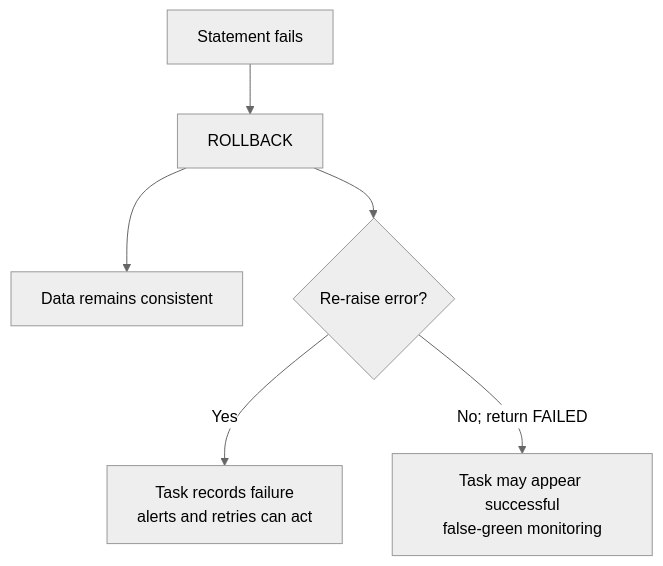
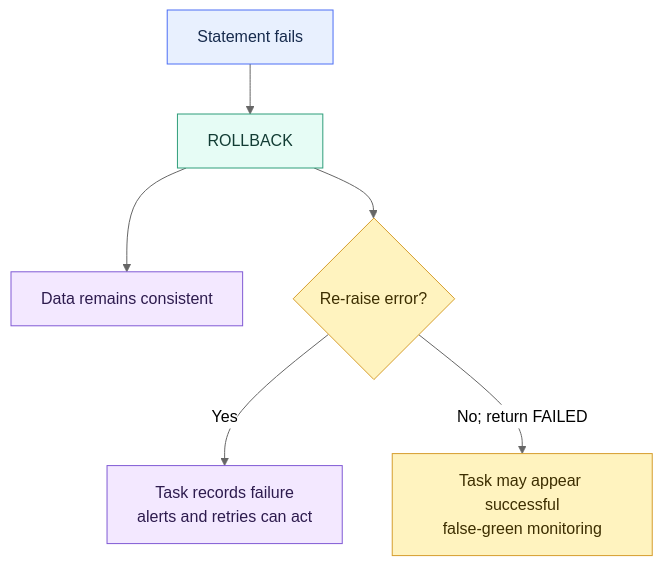
Before and after one commit to shonningsoy/Upskill: the second of 2 diagrams in 01 Snowflake/04 Data Engineering/26 Stored Procedures.md, drawn with Mermaid (neutral theme). The commit also changed other lines of this file and 14 other files, not shown here.

Commit message:
Improve Snowflake data engineering readability

````diff
--- a/01 Snowflake/04 Data Engineering/26 Stored Procedures.md
+++ b/01 Snowflake/04 Data Engineering/26 Stored Procedures.md
@@ -90,8 +103,18 @@
 ```mermaid
 flowchart TD
     ERR[Statement fails] --> ROLLBACK[ROLLBACK]
     ROLLBACK --> DATA[Data remains consistent]
     ROLLBACK --> Q{Re-raise error?}
     Q -->|Yes| FAIL[Task records failure<br/>alerts and retries can act]
     Q -->|No; return FAILED| GREEN[Task may appear successful<br/>false-green monitoring]
+
+    classDef input fill:#E8F0FE,stroke:#4C6EF5,color:#172B4D
+    classDef control fill:#FFF3BF,stroke:#D69E2E,color:#3D2E00
+    classDef snowflake fill:#E6FCF5,stroke:#2F9E7B,color:#123C34
+    classDef platform fill:#F1F3F5,stroke:#868E96,color:#212529
+    classDef output fill:#F3E8FF,stroke:#805AD5,color:#2D1B4E
+    class ERR input
+    class Q,GREEN control
+    class ROLLBACK snowflake
+    class DATA,FAIL output
 ```
````
